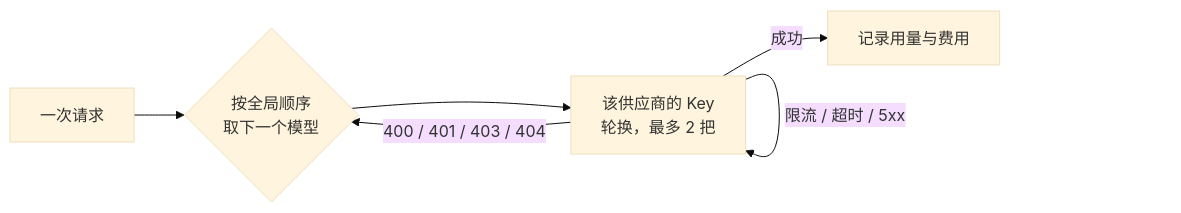
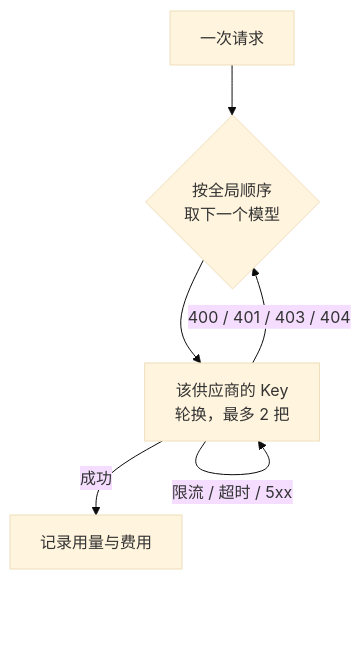
Before and after one commit to Causally-XYZ/Project.Quetzal: the diagram in website/content/docs/zh/guide/models.md, drawn with Mermaid (base theme). The commit also changed 23 other files, not shown here.

Commit message:
文档站图表可读性：mermaid 原尺寸渲染、窄屏横向流程图自动转纵向、宽图缩放或滚动、图表与图片全屏放大查看、时序图自动换行；多张横向流程图改为纵向并精简标签，架构总图改用手绘 SVG

````diff
--- a/website/content/docs/zh/guide/models.md
+++ b/website/content/docs/zh/guide/models.md
@@ -32,8 +32,8 @@
 ```mermaid
-flowchart LR
+flowchart TB
   REQ[一次请求] --> R{按全局顺序<br/>取下一个模型}
   R --> K[该供应商的 Key<br/>轮换，最多 2 把]
   K -- 成功 --> U[记录用量与费用]
   K -- "限流 / 超时 / 5xx" --> K
   K -- "400 / 401 / 403 / 404" --> R
 ```
````
